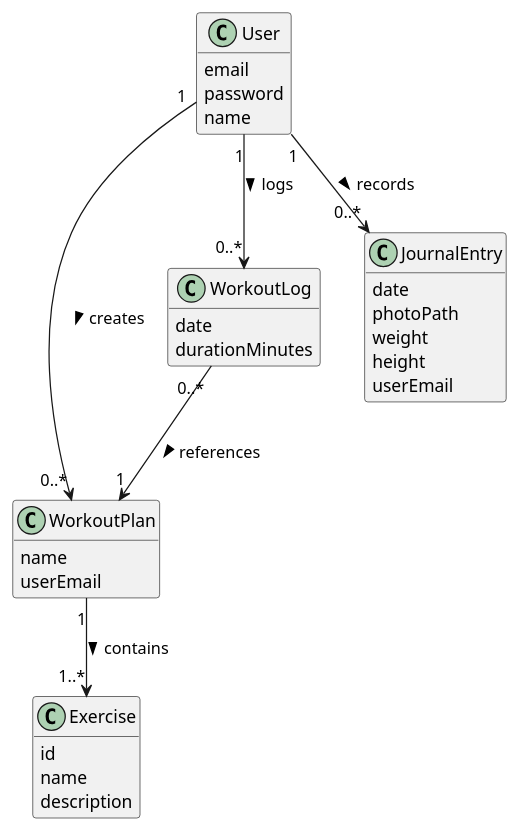
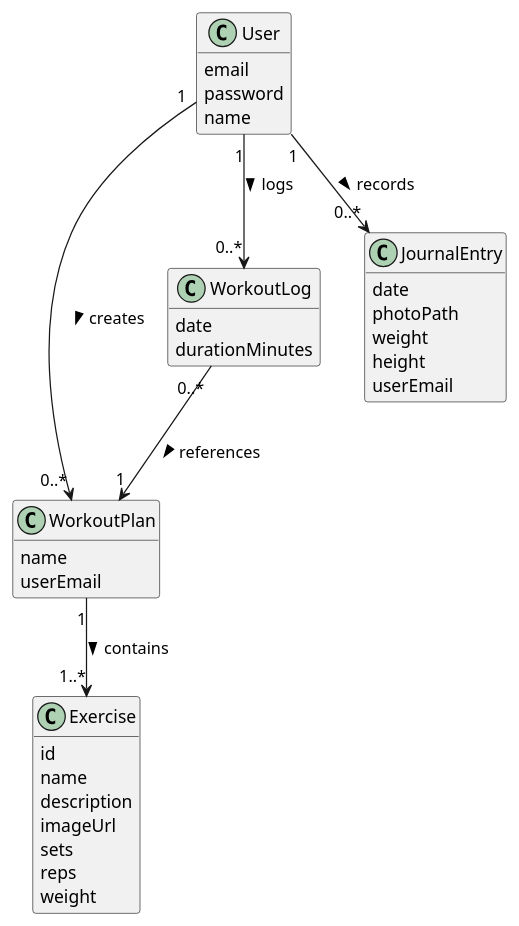
One commit to Martim690/DSSMV_ProjectDroid_1240690_1240842 changed the diagram in docs/DM.puml. Above: the diagram before and after it, drawn with PlantUML. The commit also changed 17 other files, not shown here.

```diff
--- a/docs/DM.puml
+++ b/docs/DM.puml
@@ -1,41 +1,45 @@
 @startuml
 skinparam classAttributeIconSize 0
 hide empty methods
 
 class User {
     email
     password
     name
 }
 
 class WorkoutPlan {
     name
     userEmail
 }
 
 class Exercise {
     id
     name
     description
+    imageUrl
+    sets
+    reps
+    weight
 }
 
 class WorkoutLog {
     date
     durationMinutes
 }
 
 class JournalEntry {
     date
     photoPath
     weight
     height
     userEmail
 }
 
 User "1" --> "0..*" WorkoutPlan : creates >
 User "1" --> "0..*" WorkoutLog : logs >
 User "1" --> "0..*" JournalEntry : records >
 WorkoutPlan "1" --> "1..*" Exercise : contains >
 WorkoutLog "0..*" --> "1" WorkoutPlan : references >
 
 @enduml
```
